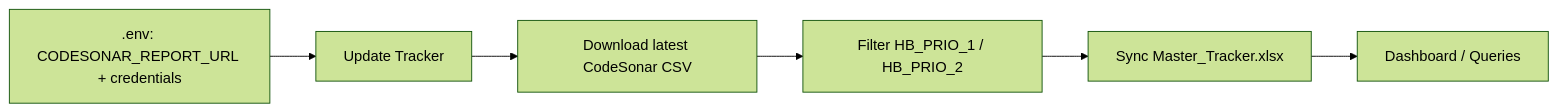
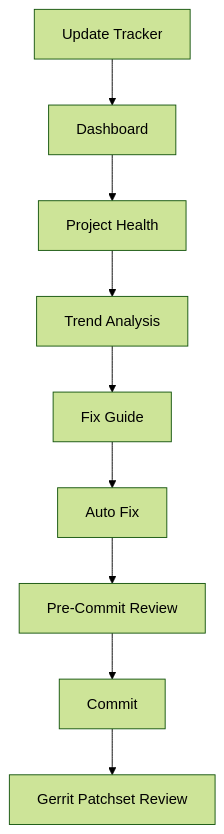
Before and after one commit to Jashitha/copilot-codesonar-assistant: the second of 5 diagrams in codesonar-assistant/README.md, drawn with Mermaid (forest theme).

Commit message:
Update README workflow diagram

````diff
--- a/codesonar-assistant/README.md
+++ b/codesonar-assistant/README.md
@@ -35,8 +35,11 @@
 ```mermaid
-flowchart LR
-    A[.env: CODESONAR_REPORT_URL + credentials] --> B[Update Tracker]
-    B --> C[Download latest CodeSonar CSV]
-    C --> D[Filter HB_PRIO_1 / HB_PRIO_2]
-    D --> E[Sync Master_Tracker.xlsx]
-    E --> F[Dashboard / Queries]
+flowchart TD
+    A[Update Tracker] --> B[Dashboard]
+    B --> C[Project Health]
+    C --> D[Trend Analysis]
+    D --> E[Fix Guide]
+    E --> F[Auto Fix]
+    F --> G[Pre-Commit Review]
+    G --> H[Commit]
+    H --> I[Gerrit Patchset Review]
 ```
````
